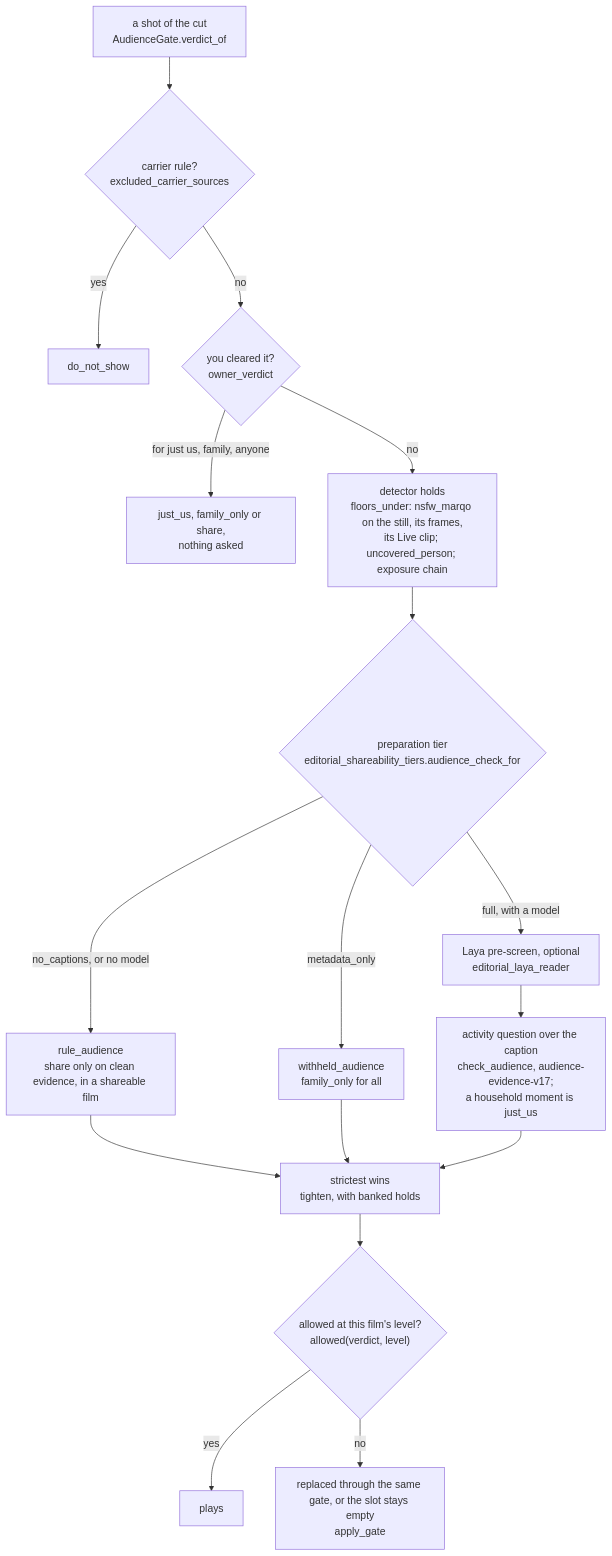
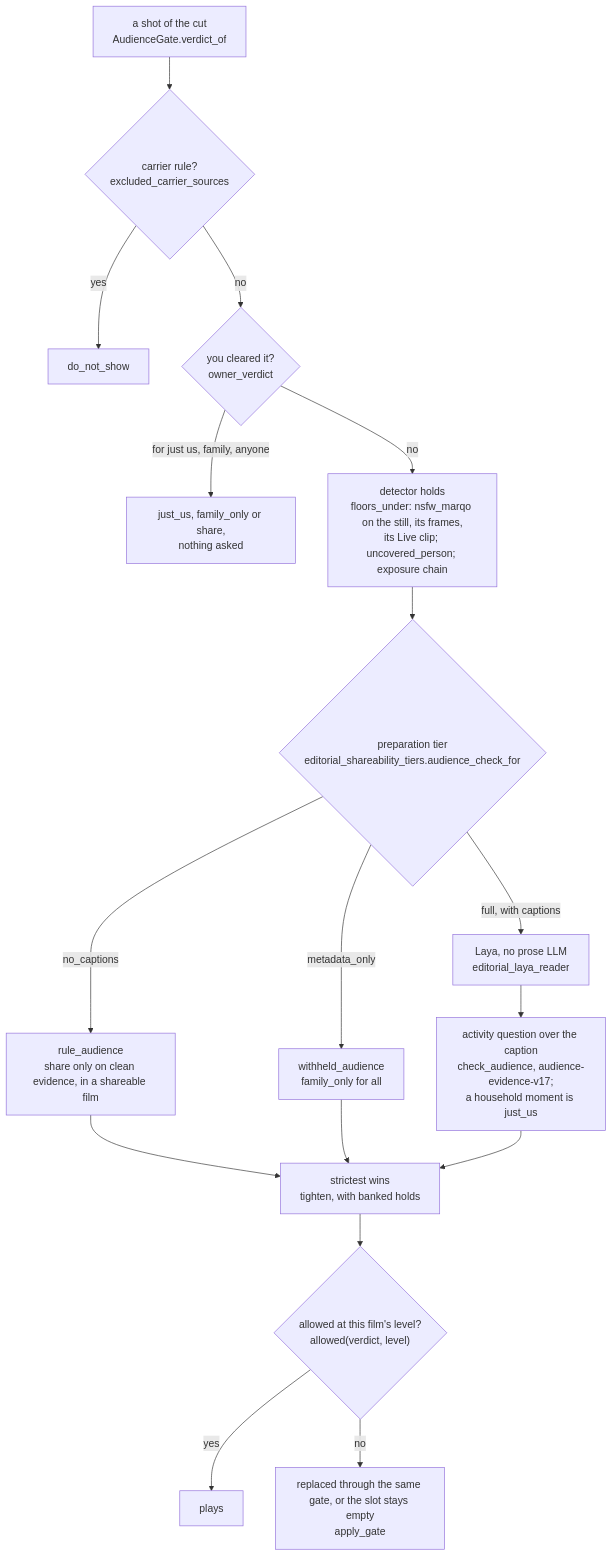
The second of 2 diagrams in docs-site/docs/how-it-chooses/family-audience-duplicates.md (sam-dumont/immich-video-memory-generator), drawn with Mermaid before and after one commit. The commit also changed other lines of this file and 32 other files, not shown here.

Commit message:
fix(sharing): keep audience decisions off prose models (#1381)

````diff
--- a/docs-site/docs/how-it-chooses/family-audience-duplicates.md
+++ b/docs-site/docs/how-it-chooses/family-audience-duplicates.md
@@ -100,19 +100,19 @@
 ```mermaid
 flowchart TD
   shot["a shot of the cut<br/>AudienceGate.verdict_of"] --> rule{"carrier rule?<br/>excluded_carrier_sources"}
   rule -- yes --> dns["do_not_show"]
   rule -- no --> owner{"you cleared it?<br/>owner_verdict"}
   owner -- "for just us, family, anyone" --> ov["just_us, family_only or share,<br/>nothing asked"]
   owner -- no --> floor["detector holds<br/>floors_under: nsfw_marqo on the still, its frames,<br/>its Live clip; uncovered_person; exposure chain"]
   floor --> tier{"preparation tier<br/>editorial_shareability_tiers.audience_check_for"}
-  tier -- "no_captions, or no model" --> ra["rule_audience<br/>share only on clean evidence, in a shareable film"]
+  tier -- "no_captions" --> ra["rule_audience<br/>share only on clean evidence, in a shareable film"]
   tier -- "metadata_only" --> wa["withheld_audience<br/>family_only for all"]
-  tier -- "full, with a model" --> laya["Laya pre-screen, optional<br/>editorial_laya_reader"]
+  tier -- "full, with captions" --> laya["Laya, no prose LLM<br/>editorial_laya_reader"]
   laya --> ca["activity question over the caption<br/>check_audience, audience-evidence-v17;<br/>a household moment is just_us"]
   ra --> strict["strictest wins<br/>tighten, with banked holds"]
   wa --> strict
   ca --> strict
   strict --> allowed{"allowed at this film's level?<br/>allowed(verdict, level)"}
   allowed -- yes --> keep["plays"]
   allowed -- no --> repl["replaced through the same gate, or the slot stays empty<br/>apply_gate"]
 ```
````
